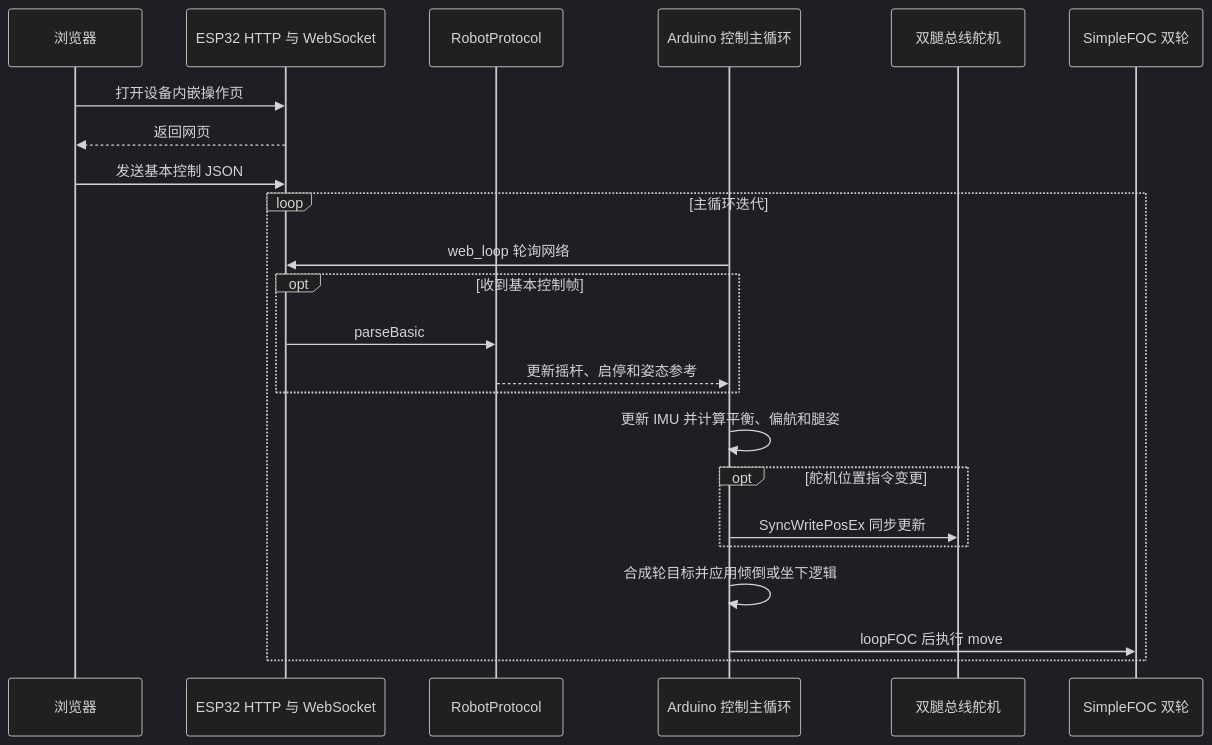
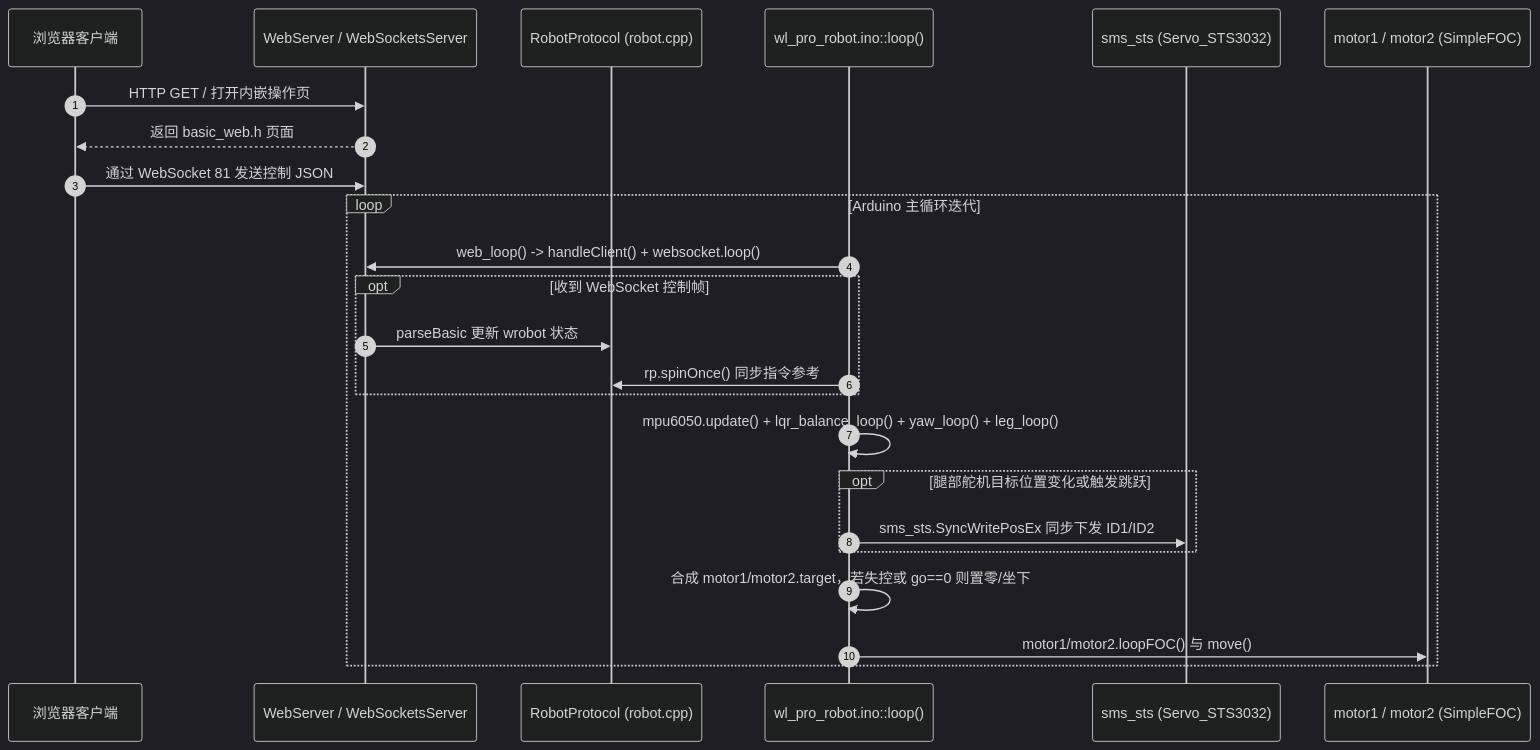
The second of 2 diagrams in wiki/entities/navbot-en01.md (ImChong/Robotics_Notebooks), drawn with Mermaid (dark theme) before and after one commit. The commit also changed other lines of this file and 127 other files, not shown here.

Commit message:
feat(wiki): 完成 Batch 17（4x 扩容，127 篇实体 A/B 双线源码时序图与全文精读升级）

````diff
--- a/wiki/entities/navbot-en01.md
+++ b/wiki/entities/navbot-en01.md
@@ -70,25 +70,26 @@
 ```mermaid
 sequenceDiagram
-    participant U as 浏览器
-    participant N as ESP32 HTTP 与 WebSocket
-    participant P as RobotProtocol
-    participant C as Arduino 控制主循环
-    participant S as 双腿总线舵机
-    participant F as SimpleFOC 双轮
-    U->>N: 打开设备内嵌操作页
-    N-->>U: 返回网页
-    U->>N: 发送基本控制 JSON
-    loop 主循环迭代
-        C->>N: web_loop 轮询网络
-        opt 收到基本控制帧
-            N->>P: parseBasic
-            P-->>C: 更新摇杆、启停和姿态参考
+    autonumber
+    participant U as 浏览器客户端
+    participant N as WebServer / WebSocketsServer
+    participant P as RobotProtocol (robot.cpp)
+    participant C as wl_pro_robot.ino::loop()
+    participant S as sms_sts (Servo_STS3032)
+    participant F as motor1 / motor2 (SimpleFOC)
+    U->>N: HTTP GET / 打开内嵌操作页
+    N-->>U: 返回 basic_web.h 页面
+    U->>N: 通过 WebSocket 81 发送控制 JSON
+    loop Arduino 主循环迭代
+        C->>N: web_loop() -> handleClient() + websocket.loop()
+        opt 收到 WebSocket 控制帧
+            N->>P: parseBasic 更新 wrobot 状态
+            C->>P: rp.spinOnce() 同步指令参考
         end
-        C->>C: 更新 IMU 并计算平衡、偏航和腿姿
-        opt 舵机位置指令变更
-            C->>S: SyncWritePosEx 同步更新
+        C->>C: mpu6050.update() + lqr_balance_loop() + yaw_loop() + leg_loop()
+        opt 腿部舵机目标位置变化或触发跳跃
+            C->>S: sms_sts.SyncWritePosEx 同步下发 ID1/ID2
         end
-        C->>C: 合成轮目标并应用倾倒或坐下逻辑
-        C->>F: loopFOC 后执行 move
+        C->>C: 合成 motor1/motor2.target，若失控或 go==0 则置零/坐下
+        C->>F: motor1/motor2.loopFOC() 与 move()
     end
 ```
````
